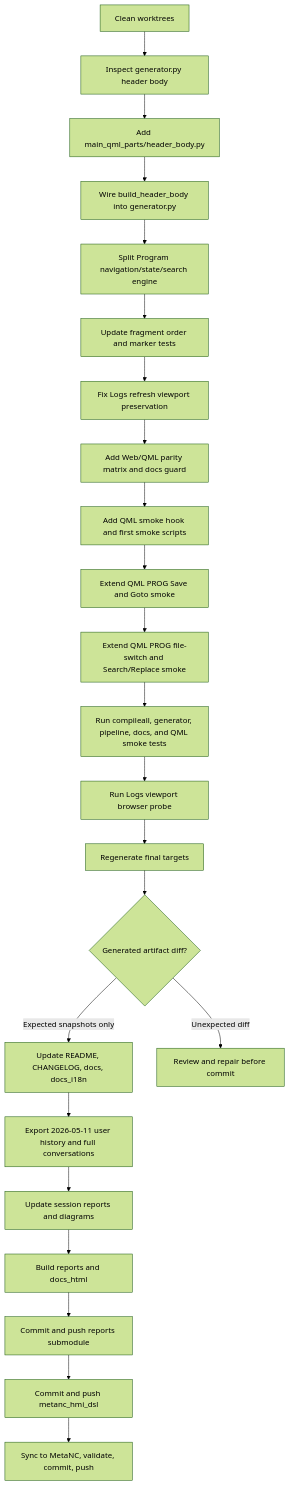
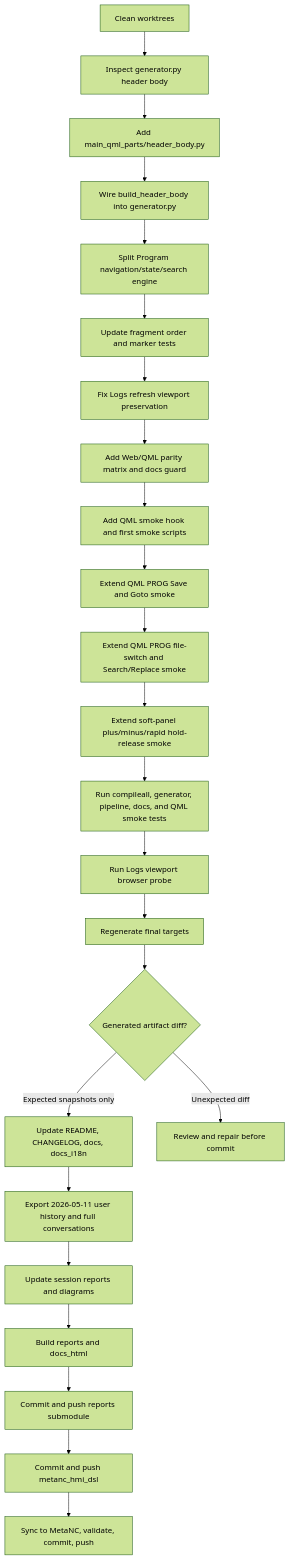
Before and after one commit to luppiterw/metanc_hmi_dsl_reports: the diagram in 2026-05-11-codex-session/workflow-diagram.md, drawn with Mermaid (forest theme). The commit also changed 4 other files, not shown here.

Commit message:
docs: record expanded QML soft-panel smoke coverage

````diff
--- a/2026-05-11-codex-session/workflow-diagram.md
+++ b/2026-05-11-codex-session/workflow-diagram.md
@@ -3,25 +3,26 @@
 ```mermaid
 flowchart TD
     A[Clean worktrees] --> B[Inspect generator.py header body]
     B --> C[Add main_qml_parts/header_body.py]
     C --> D[Wire build_header_body into generator.py]
     D --> E[Split Program navigation/state/search engine]
     E --> F[Update fragment order and marker tests]
     F --> G[Fix Logs refresh viewport preservation]
     G --> H[Add Web/QML parity matrix and docs guard]
     H --> I[Add QML smoke hook and first smoke scripts]
     I --> I2[Extend QML PROG Save and Goto smoke]
     I2 --> I3[Extend QML PROG file-switch and Search/Replace smoke]
-    I3 --> J[Run compileall, generator, pipeline, docs, and QML smoke tests]
+    I3 --> I4[Extend soft-panel plus/minus/rapid hold-release smoke]
+    I4 --> J[Run compileall, generator, pipeline, docs, and QML smoke tests]
     J --> K[Run Logs viewport browser probe]
     K --> L[Regenerate final targets]
     L --> M{Generated artifact diff?}
     M -->|Expected snapshots only| N[Update README, CHANGELOG, docs, docs_i18n]
     M -->|Unexpected diff| R[Review and repair before commit]
     N --> O[Export 2026-05-11 user history and full conversations]
     O --> P[Update session reports and diagrams]
     P --> Q[Build reports and docs_html]
     Q --> S[Commit and push reports submodule]
     S --> T[Commit and push metanc_hmi_dsl]
     T --> U[Sync to MetaNC, validate, commit, push]
 ```
````
